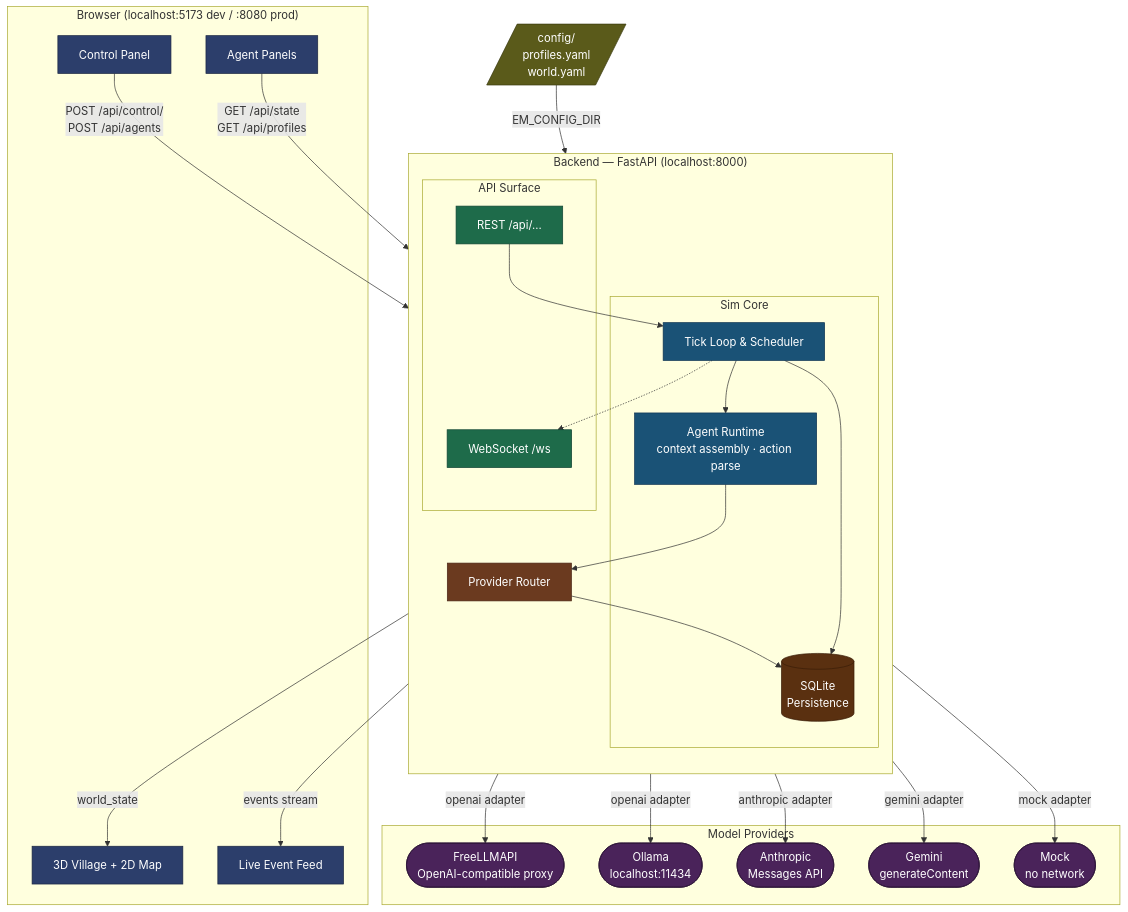
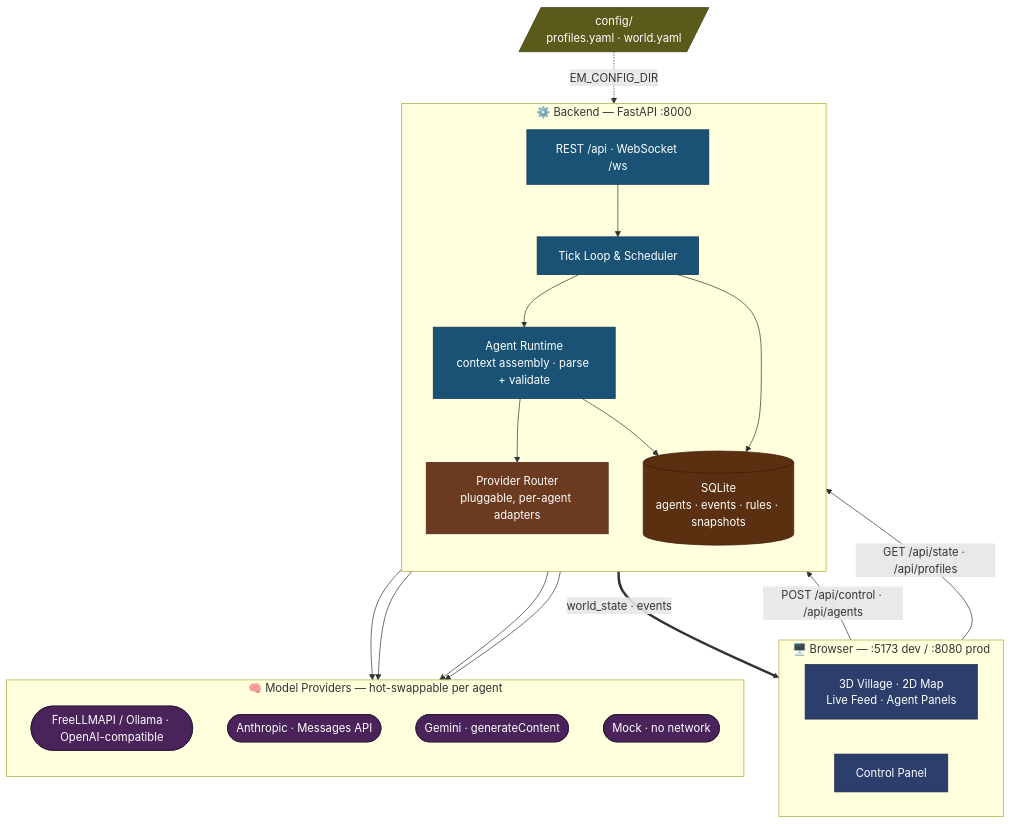
Before and after one commit to ivy00johns/petri-dish-of-madness: the diagram in README.md, drawn with Mermaid. The commit also changed other lines of this file and 47 other files, not shown here.

````diff
--- a/README.md
+++ b/README.md
@@ -26,69 +28,51 @@
 ```mermaid
 flowchart TB
-    subgraph browser["Browser (localhost:5173 dev / :8080 prod)"]
-        map["3D Village + 2D Map"]
-        feed[Live Event Feed]
-        panels[Agent Panels]
-        controls[Control Panel]
+    subgraph browser["🖥️ Browser — :5173 dev / :8080 prod"]
+        direction LR
+        views["3D Village · 2D Map<br/>Live Feed · Agent Panels"]
+        controls["Control Panel"]
     end
 
-    subgraph backend["Backend — FastAPI (localhost:8000)"]
+    subgraph backend["⚙️ Backend — FastAPI :8000"]
         direction TB
-        subgraph core["Sim Core"]
-            engine[Tick Loop & Scheduler]
-            runtime[Agent Runtime\ncontext assembly · action parse]
-            db[(SQLite\nPersistence)]
-        end
-        subgraph api["API Surface"]
-            rest[REST /api/...]
-            ws[WebSocket /ws]
-        end
-        router[Provider Router]
+        api["REST /api · WebSocket /ws"]
+        engine["Tick Loop & Scheduler"]
+        runtime["Agent Runtime<br/>context assembly · parse + validate"]
+        router["Provider Router<br/>pluggable, per-agent adapters"]
+        db[("SQLite<br/>agents · events · rules · snapshots")]
     end
 
-    subgraph providers["Model Providers"]
-        freellm([FreeLLMAPI\nOpenAI-compatible proxy])
-        ollama([Ollama\nlocalhost:11434])
-        anthropic([Anthropic\nMessages API])
-        gemini([Gemini\ngenerateContent])
-        mock([Mock\nno network])
+    subgraph providers["🧠 Model Providers — hot-swappable per agent"]
+        direction TB
+        openai(["FreeLLMAPI / Ollama · OpenAI-compatible"])
+        anthropic(["Anthropic · Messages API"])
+        gemini(["Gemini · generateContent"])
+        mock(["Mock · no network"])
     end
 
-    cfg[/"config/\nprofiles.yaml\nworld.yaml"/]
+    cfg[/"config/<br/>profiles.yaml · world.yaml"/]
 
-    controls -- "POST /api/control/\nPOST /api/agents" --> rest
-    panels -- "GET /api/state\nGET /api/profiles" --> rest
-    ws -- "events stream" --> feed
-    ws -- "world_state" --> map
+    controls -->|"POST /api/control · /api/agents"| api
+    views -->|"GET /api/state · /api/profiles"| api
+    api ==>|"world_state · events"| views
+    cfg -.->|"EM_CONFIG_DIR"| router
 
-    rest --> engine
-    engine --> runtime
-    runtime --> router
-    router --> db
+    api --> engine --> runtime --> router
     engine --> db
-    engine -.-> ws
-
-    router -- "openai adapter" --> freellm
-    router -- "openai adapter" --> ollama
-    router -- "anthropic adapter" --> anthropic
-    router -- "gemini adapter" --> gemini
-    router -- "mock adapter" --> mock
-
-    cfg -- "EM_CONFIG_DIR" --> router
+    runtime --> db
+    router --> openai & anthropic & gemini & mock
 
     classDef ui fill:#2c3e6b,stroke:#1a2540,color:#fff
     classDef core fill:#1a5276,stroke:#0e3352,color:#fff
-    classDef apiSurface fill:#1e6b4a,stroke:#114432,color:#fff
     classDef routerNode fill:#6b3a1f,stroke:#4a2515,color:#fff
     classDef provider fill:#4a235a,stroke:#2d1538,color:#fff
     classDef configFile fill:#5a5a1a,stroke:#3a3a10,color:#fff
     classDef dbNode fill:#5a3010,stroke:#3a1e08,color:#fff
 
-    class map,feed,panels,controls ui
-    class engine,runtime core
-    class rest,ws apiSurface
+    class views,controls ui
+    class api,engine,runtime core
     class router routerNode
-    class freellm,ollama,anthropic,gemini,mock provider
+    class openai,anthropic,gemini,mock provider
     class cfg configFile
     class db dbNode
 ```
````
